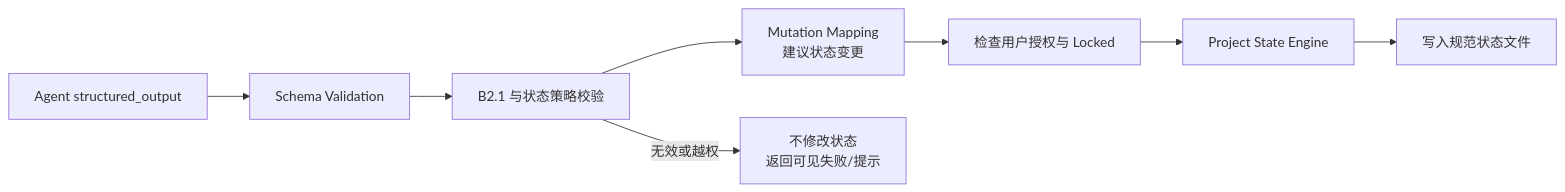
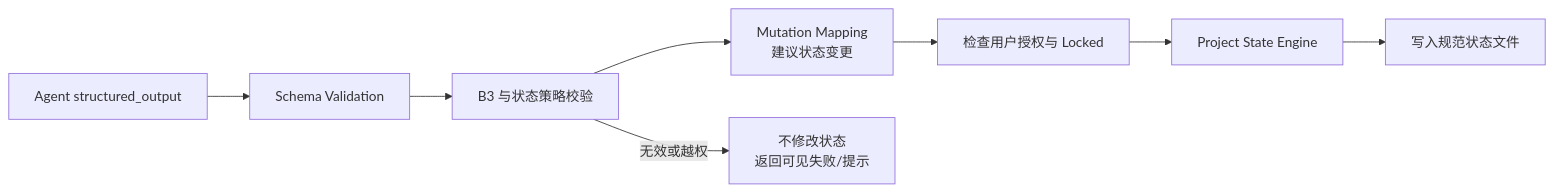
The third of 4 diagrams in docs/blueprint/04_PROJECT_STATE_MODEL.md (Myles-7/project-architect), drawn with Mermaid before and after one commit. The commit also changed other lines of this file and 732 other files, not shown here.

````diff
--- a/docs/blueprint/04_PROJECT_STATE_MODEL.md
+++ b/docs/blueprint/04_PROJECT_STATE_MODEL.md
@@ -474,10 +475,10 @@
 ```mermaid
 flowchart LR
     AO["Agent structured_output"] --> SV["Schema Validation"]
-    SV --> PV["B2.1 与状态策略校验"]
+    SV --> PV["B3 与状态策略校验"]
     PV --> MM["Mutation Mapping\n建议状态变更"]
     MM --> UA["检查用户授权与 Locked"]
     UA --> SE["Project State Engine"]
     SE --> FS["写入规范状态文件"]
     PV -->|"无效或越权"| REJ["不修改状态\n返回可见失败/提示"]
 ```
````
